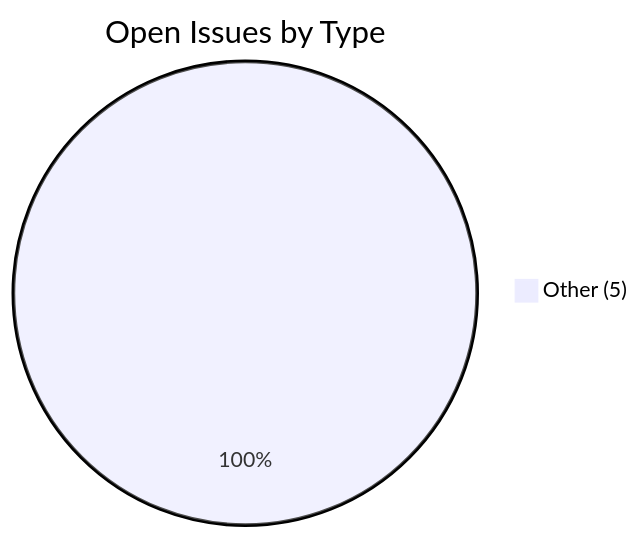
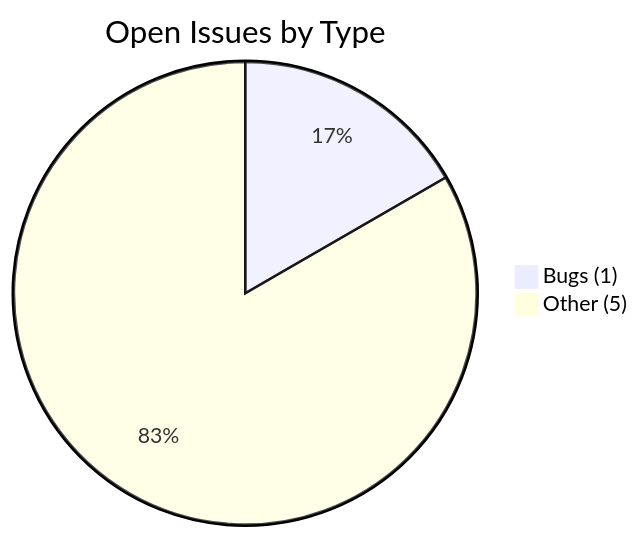
The second of 4 diagrams in docs/tracker.md (Nitsur10/invoice-dashboard-deploy), drawn with Mermaid before and after one commit. The commit also changed other lines of this file and 1 other file, not shown here.

````diff
--- a/docs/tracker.md
+++ b/docs/tracker.md
@@ -30,8 +30,8 @@
 ```mermaid
 pie title Open Issues by Type
     
-    
+    "Bugs (1)" : 1
     
     "Other (5)" : 5
     
 ```
````
